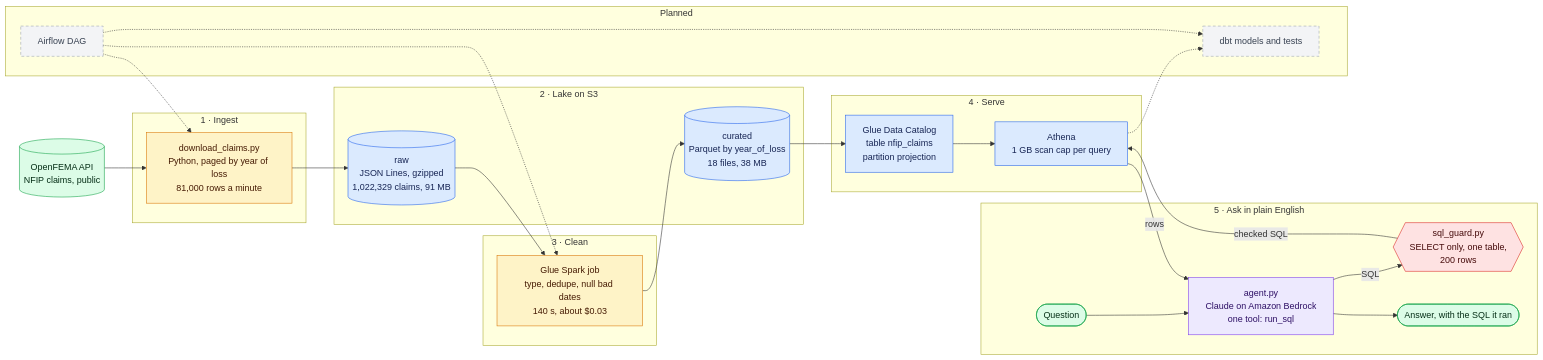
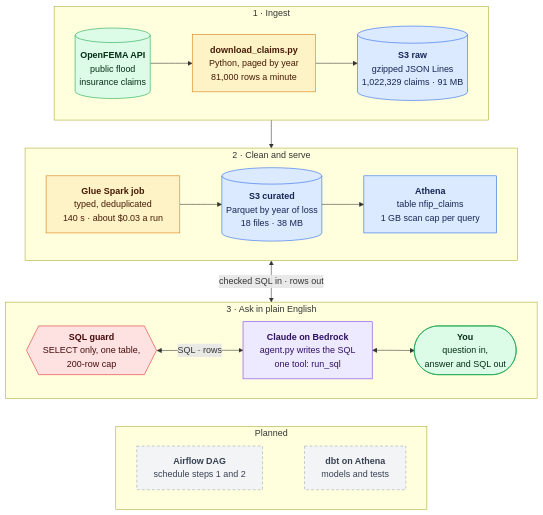
The first of 2 diagrams in README.md (byambaa1982/flood-claims-lakehouse), drawn with Mermaid before and after one commit. The commit also changed other lines of this file, not shown here.

Commit message:
README: lay the architecture diagram out in rows so it stays readable

````diff
--- a/README.md
+++ b/README.md
@@ -16,60 +16,52 @@
 ```mermaid
-flowchart LR
-    api[("OpenFEMA API<br/>NFIP claims, public")]
-
-    subgraph s1["1 · Ingest"]
-        dl["download_claims.py<br/>Python, paged by year of loss<br/>81,000 rows a minute"]
+flowchart TB
+    subgraph r1["1 · Ingest"]
+        direction LR
+        api[("<b>OpenFEMA API</b><br/>public flood<br/>insurance claims")]
+        dl["<b>download_claims.py</b><br/>Python, paged by year<br/>81,000 rows a minute"]
+        raw[("<b>S3 raw</b><br/>gzipped JSON Lines<br/>1,022,329 claims · 91 MB")]
+        api --> dl --> raw
     end
 
-    subgraph s2["2 · Lake on S3"]
-        raw[("raw<br/>JSON Lines, gzipped<br/>1,022,329 claims, 91 MB")]
-        cur[("curated<br/>Parquet by year_of_loss<br/>18 files, 38 MB")]
+    subgraph r2["2 · Clean and serve"]
+        direction LR
+        glue["<b>Glue Spark job</b><br/>typed, deduplicated<br/>140 s · about $0.03 a run"]
+        cur[("<b>S3 curated</b><br/>Parquet by year of loss<br/>18 files · 38 MB")]
+        ath["<b>Athena</b><br/>table nfip_claims<br/>1 GB scan cap per query"]
+        glue --> cur --> ath
     end
 
-    subgraph s3["3 · Clean"]
-        glue["Glue Spark job<br/>type, dedupe, null bad dates<br/>140 s, about $0.03"]
+    subgraph r3["3 · Ask in plain English"]
+        direction LR
+        guard{{"<b>SQL guard</b><br/>SELECT only, one table,<br/>200-row cap"}}
+        agent["<b>Claude on Bedrock</b><br/>agent.py writes the SQL<br/>one tool: run_sql"]
+        you(["<b>You</b><br/>question in,<br/>answer and SQL out"])
+        guard <-- "SQL · rows" --> agent
+        agent <--> you
     end
 
-    subgraph s4["4 · Serve"]
-        cat["Glue Data Catalog<br/>table nfip_claims<br/>partition projection"]
-        ath["Athena<br/>1 GB scan cap per query"]
+    subgraph r4["Planned"]
+        direction LR
+        air["<b>Airflow DAG</b><br/>schedule steps 1 and 2"]
+        dbt["<b>dbt on Athena</b><br/>models and tests"]
+        air ~~~ dbt
     end
 
-    subgraph s5["5 · Ask in plain English"]
-        q(["Question"])
-        agent["agent.py<br/>Claude on Amazon Bedrock<br/>one tool: run_sql"]
-        guard{{"sql_guard.py<br/>SELECT only, one table,<br/>200 rows"}}
-        ans(["Answer, with the SQL it ran"])
-    end
-
-    subgraph s6["Planned"]
-        dbt["dbt models and tests"]
-        air["Airflow DAG"]
-    end
-
-    api --> dl --> raw --> glue --> cur
-    cur --> cat --> ath
-    q --> agent
-    agent -- "SQL" --> guard
-    guard -- "checked SQL" --> ath
-    ath -- "rows" --> agent
-    agent --> ans
-    ath -.-> dbt
-    air -.-> dl
-    air -.-> glue
-    air -.-> dbt
+    r1 --> r2
+    r2 <-- "checked SQL in · rows out" --> r3
+    r3 ~~~ r4
 
     classDef source fill:#dcfce7,stroke:#16a34a,color:#052e16
     classDef compute fill:#fef3c7,stroke:#d97706,color:#451a03
     classDef store fill:#dbeafe,stroke:#2563eb,color:#172554
     classDef ai fill:#ede9fe,stroke:#7c3aed,color:#2e1065
     classDef guardrail fill:#fee2e2,stroke:#dc2626,color:#450a0a
     classDef planned fill:#f3f4f6,stroke:#9ca3af,color:#374151,stroke-dasharray: 5 4
 
-    class api,q,ans source
+    class api,you source
     class dl,glue compute
-    class raw,cur,cat,ath store
+    class raw,cur,ath store
     class agent ai
     class guard guardrail
-    class dbt,air planned
+    class air,dbt planned
 ```
````
